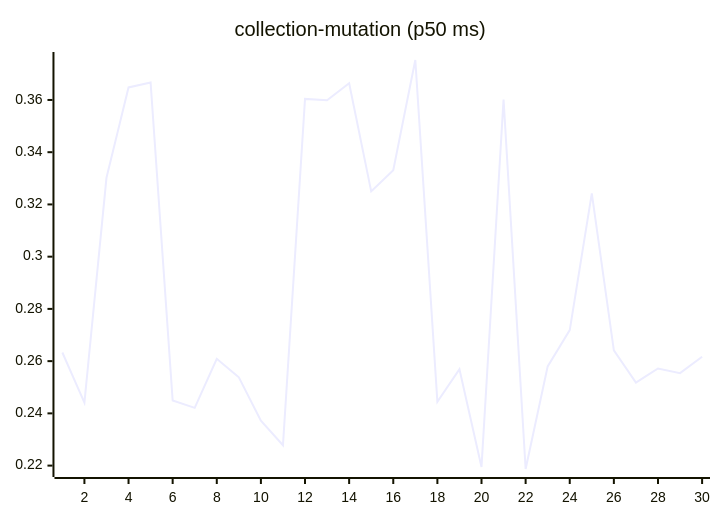
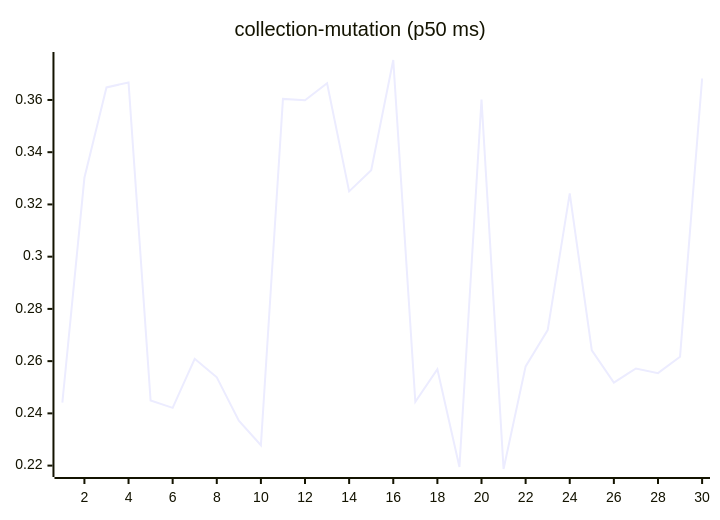
Before and after one commit to josha/Facet: the sixth of 27 diagrams in README.md, drawn with Mermaid. The commit also changed other lines of this file and 2 other files, not shown here.

````diff
--- a/README.md
+++ b/README.md
@@ -98,6 +98,6 @@
 ```mermaid
 xychart-beta
     title "collection-mutation (p50 ms)"
     x-axis 1 --> 30
-    line [0.2633, 0.2441, 0.3302, 0.3648, 0.3667, 0.2449, 0.2421, 0.2609, 0.2538, 0.2372, 0.2278, 0.3604, 0.3599, 0.3664, 0.3250, 0.3331, 0.3753, 0.2444, 0.2569, 0.2195, 0.3602, 0.2187, 0.2580, 0.2719, 0.3242, 0.2641, 0.2518, 0.2572, 0.2554, 0.2617]
+    line [0.2441, 0.3302, 0.3648, 0.3667, 0.2449, 0.2421, 0.2609, 0.2538, 0.2372, 0.2278, 0.3604, 0.3599, 0.3664, 0.3250, 0.3331, 0.3753, 0.2444, 0.2569, 0.2195, 0.3602, 0.2187, 0.2580, 0.2719, 0.3242, 0.2641, 0.2518, 0.2572, 0.2554, 0.2617, 0.3682]
 ```
````
